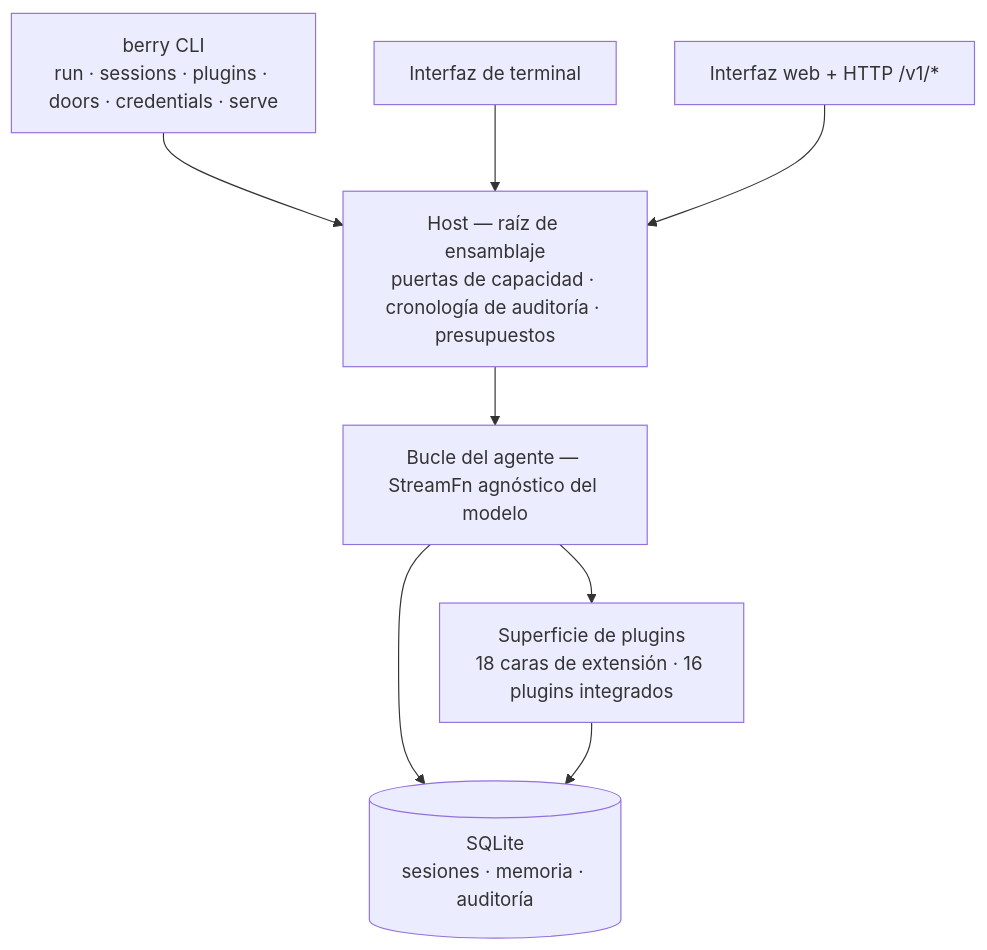
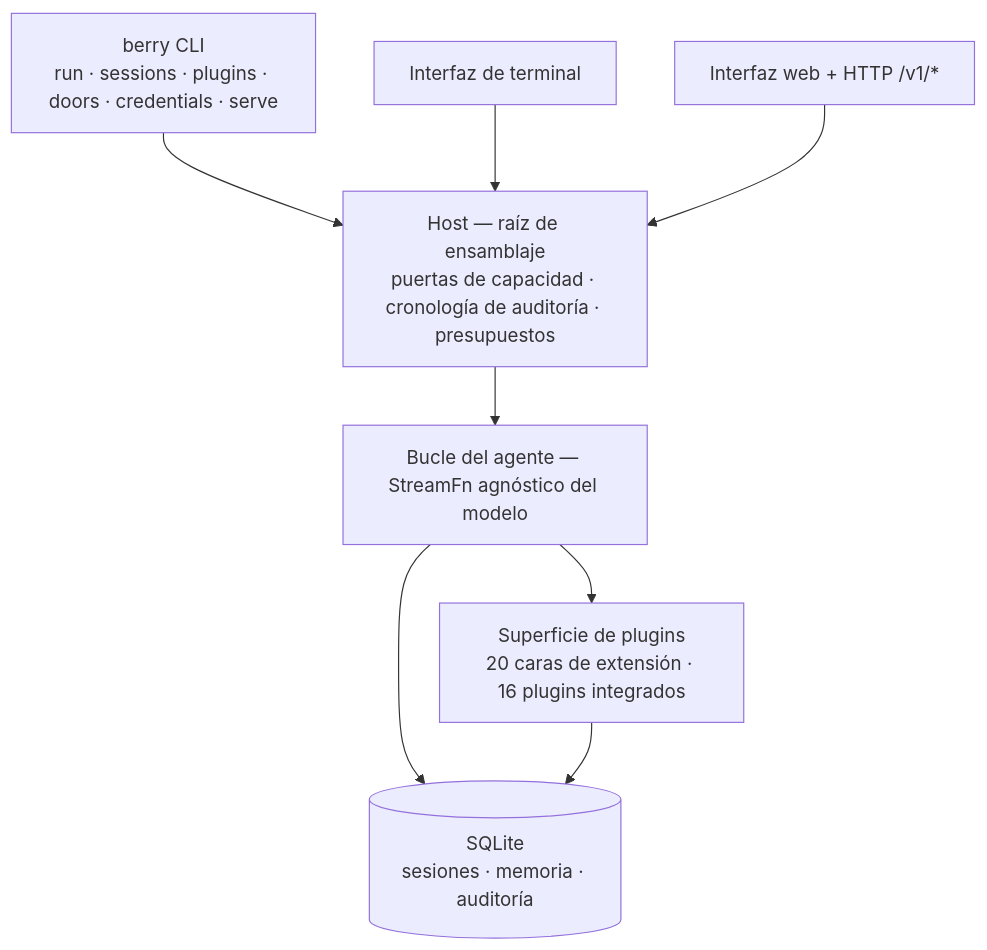
One commit to miuiadmin/berry-agent changed the diagram in README.es.md. Above: the diagram before and after it, drawn with Mermaid. The commit also changed other lines of this file and 11 other files, not shown here.

````diff
--- a/README.es.md
+++ b/README.es.md
@@ -138,17 +138,17 @@
 ```mermaid
 graph TD
     CLI["berry CLI<br/>run · sessions · plugins · doors · credentials · serve"]
     TUI["Interfaz de terminal"]
     WEB["Interfaz web + HTTP /v1/*"]
     HOST["Host — raíz de ensamblaje<br/>puertas de capacidad · cronología de auditoría · presupuestos"]
     LOOP["Bucle del agente — StreamFn agnóstico del modelo"]
-    PLUGINS["Superficie de plugins<br/>18 caras de extensión · 16 plugins integrados"]
+    PLUGINS["Superficie de plugins<br/>20 caras de extensión · 16 plugins integrados"]
     STORE[("SQLite<br/>sesiones · memoria · auditoría")]
     CLI --> HOST
     TUI --> HOST
     WEB --> HOST
     HOST --> LOOP
     LOOP --> PLUGINS
     LOOP --> STORE
     PLUGINS --> STORE
 ```
````
